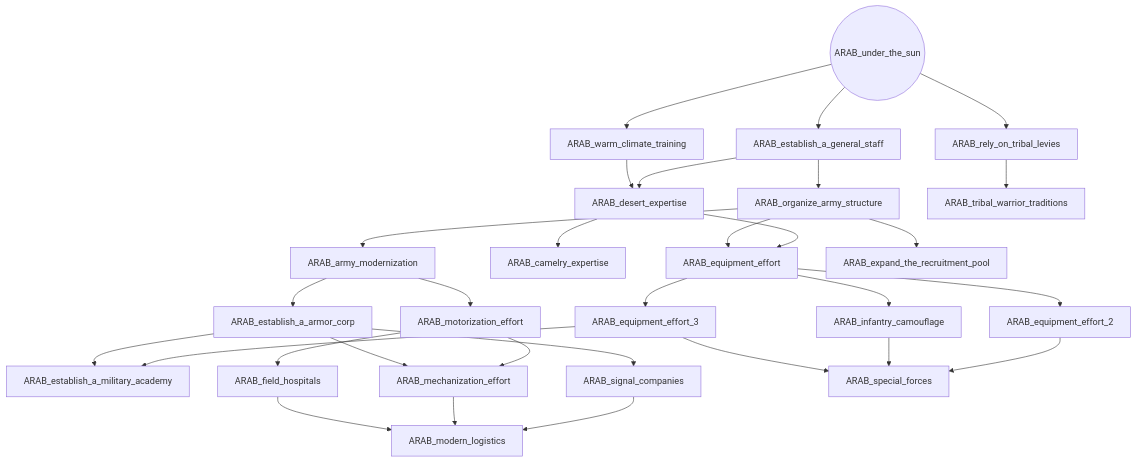
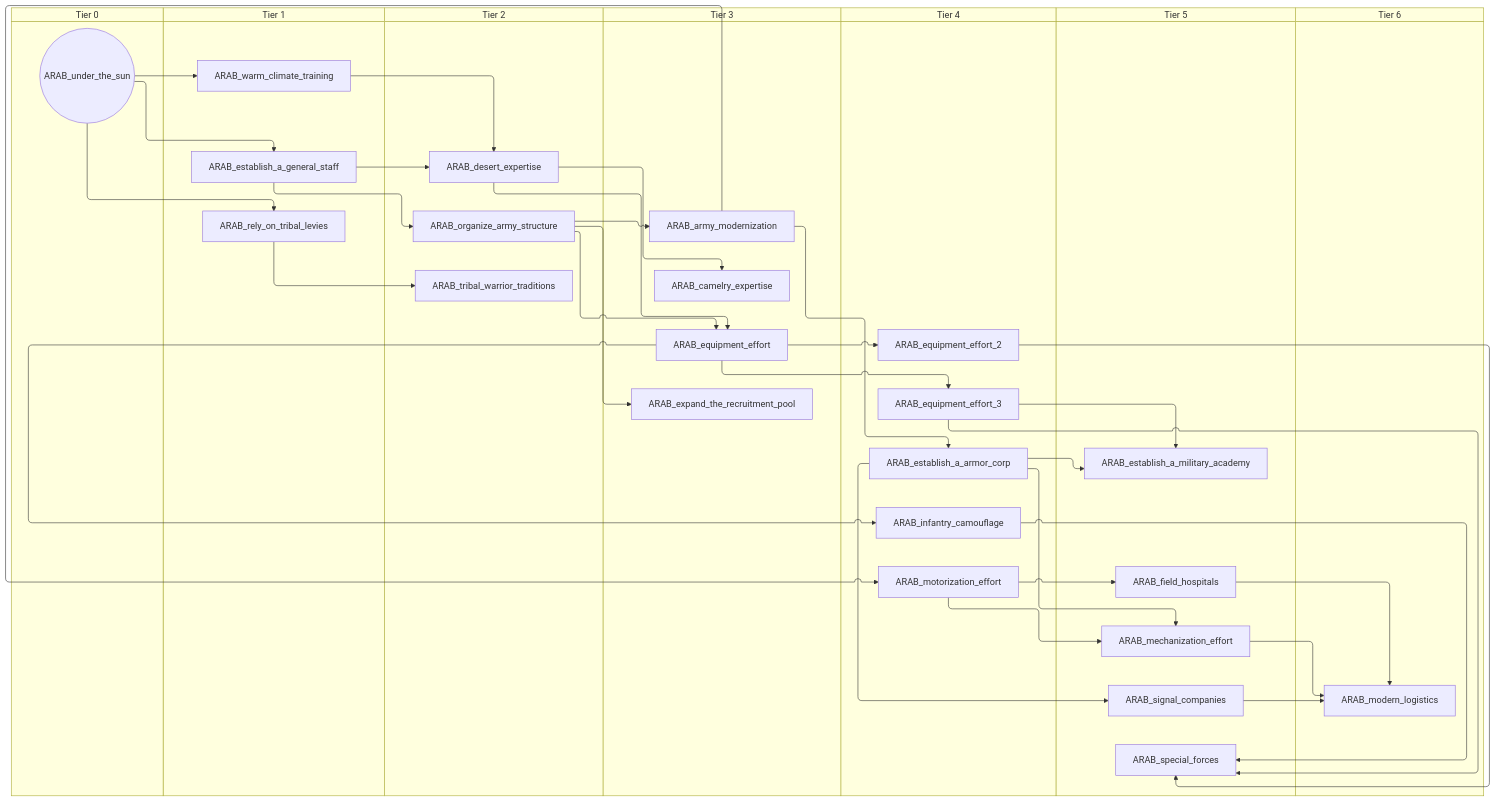
Before and after one commit to evgeny-sobol/hoi4-sandbox-mode-r56: the second of 2 diagrams in docs/gdd/National Focuses/r56/r56_arab_minor_military_shared.md, drawn with Mermaid. The commit also changed other lines of this file and 423 other files, not shown here.

First line of the commit message:
Re-export Rt56 focus trees as swimlane diagrams

````diff
--- a/docs/gdd/National Focuses/r56/r56_arab_minor_military_shared.md
+++ b/docs/gdd/National Focuses/r56/r56_arab_minor_military_shared.md
@@ -22,54 +30,68 @@
 ```mermaid
-flowchart TD
-    n7["ARAB_army_modernization"]
-    n8["ARAB_camelry_expertise"]
-    n9["ARAB_desert_expertise"]
-    n10["ARAB_equipment_effort"]
-    n11["ARAB_equipment_effort_2"]
-    n12["ARAB_equipment_effort_3"]
-    n13["ARAB_establish_a_armor_corp"]
-    n14["ARAB_establish_a_general_staff"]
-    n15["ARAB_establish_a_military_academy"]
-    n16["ARAB_expand_the_recruitment_pool"]
-    n17["ARAB_field_hospitals"]
-    n18["ARAB_infantry_camouflage"]
-    n19["ARAB_mechanization_effort"]
-    n20["ARAB_modern_logistics"]
-    n21["ARAB_motorization_effort"]
-    n22["ARAB_organize_army_structure"]
-    n23["ARAB_rely_on_tribal_levies"]
-    n24["ARAB_signal_companies"]
-    n25["ARAB_special_forces"]
-    n26["ARAB_tribal_warrior_traditions"]
-    n27(("ARAB_under_the_sun"))
-    n28["ARAB_warm_climate_training"]
-    n22 --> n7
-    n9 --> n8
-    n28 --> n9
-    n14 --> n9
-    n22 --> n10
-    n9 --> n10
+swimlane-beta TD
+    subgraph tier_0["Tier 0"]
+        n7(("ARAB_under_the_sun"))
+    end
+    subgraph tier_1["Tier 1"]
+        n8["ARAB_establish_a_general_staff"]
+        n9["ARAB_rely_on_tribal_levies"]
+        n10["ARAB_warm_climate_training"]
+    end
+    subgraph tier_2["Tier 2"]
+        n11["ARAB_desert_expertise"]
+        n12["ARAB_organize_army_structure"]
+        n13["ARAB_tribal_warrior_traditions"]
+    end
+    subgraph tier_3["Tier 3"]
+        n14["ARAB_army_modernization"]
+        n15["ARAB_camelry_expertise"]
+        n16["ARAB_equipment_effort"]
+        n17["ARAB_expand_the_recruitment_pool"]
+    end
+    subgraph tier_4["Tier 4"]
+        n18["ARAB_equipment_effort_2"]
+        n19["ARAB_equipment_effort_3"]
+        n20["ARAB_establish_a_armor_corp"]
+        n21["ARAB_infantry_camouflage"]
+        n22["ARAB_motorization_effort"]
+    end
+    subgraph tier_5["Tier 5"]
+        n23["ARAB_establish_a_military_academy"]
+        n24["ARAB_field_hospitals"]
+        n25["ARAB_mechanization_effort"]
+        n26["ARAB_signal_companies"]
+        n27["ARAB_special_forces"]
+    end
+    subgraph tier_6["Tier 6"]
+        n28["ARAB_modern_logistics"]
+    end
+    n12 --> n14
+    n11 --> n15
     n10 --> n11
-    n10 --> n12
-    n7 --> n13
-    n27 --> n14
-    n13 --> n15
-    n12 --> n15
-    n22 --> n16
-    n21 --> n17
-    n10 --> n18
-    n13 --> n19
-    n21 --> n19
-    n17 --> n20
-    n19 --> n20
-    n24 --> n20
-    n7 --> n21
+    n8 --> n11
+    n12 --> n16
+    n11 --> n16
+    n16 --> n18
+    n16 --> n19
+    n14 --> n20
+    n7 --> n8
+    n20 --> n23
+    n19 --> n23
+    n12 --> n17
+    n22 --> n24
+    n16 --> n21
+    n20 --> n25
+    n22 --> n25
+    n24 --> n28
+    n25 --> n28
+    n26 --> n28
     n14 --> n22
-    n27 --> n23
-    n13 --> n24
-    n12 --> n25
-    n18 --> n25
-    n11 --> n25
-    n23 --> n26
-    n27 --> n28
+    n8 --> n12
+    n7 --> n9
+    n20 --> n26
+    n19 --> n27
+    n21 --> n27
+    n18 --> n27
+    n9 --> n13
+    n7 --> n10
 ```
````
